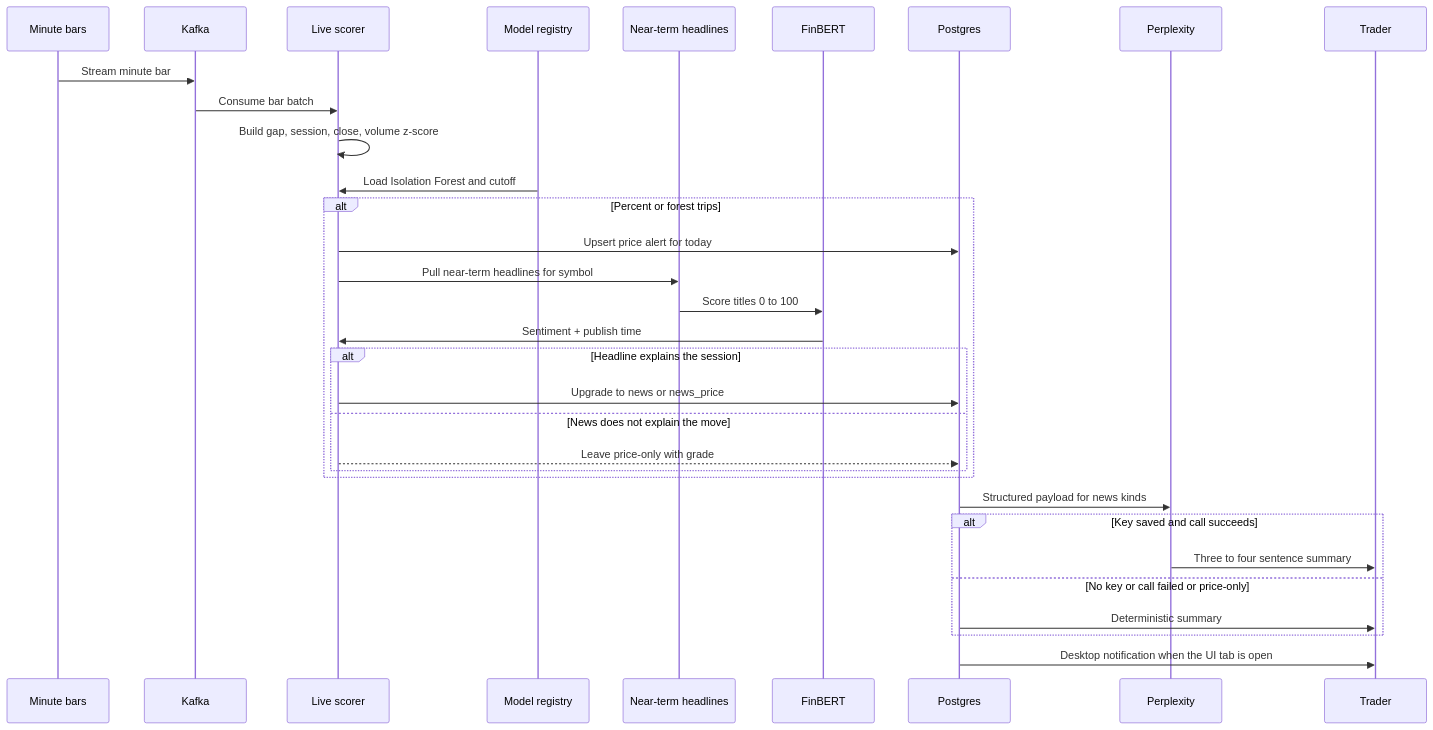
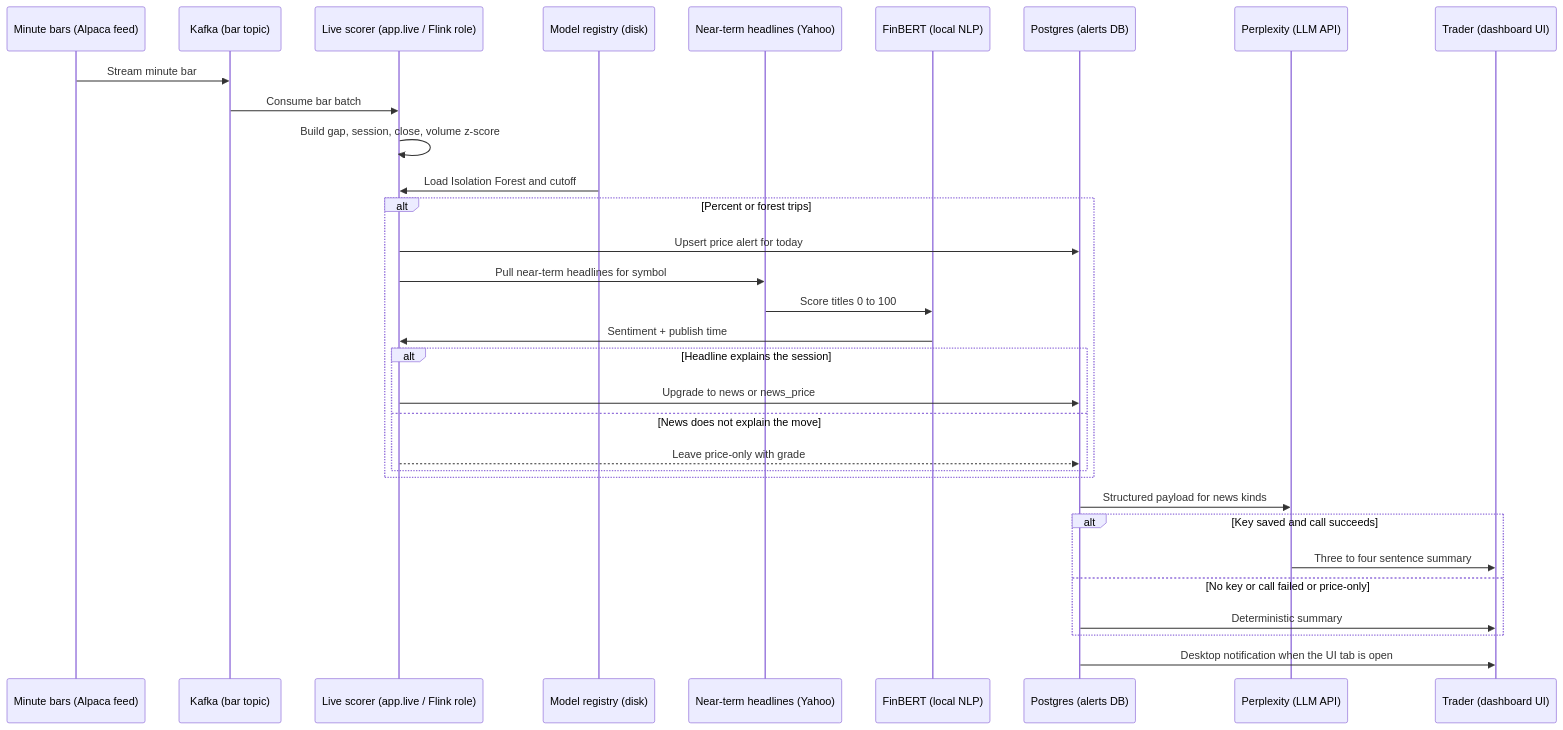
Before and after one commit to sameerde4/ticker-alert-system: the tenth of 10 diagrams in docs/architecture.md, drawn with Mermaid. The commit also changed other lines of this file and 1 other file, not shown here.

First line of the commit message:
Clarify architecture diagram boxes with job plus technical role.

````diff
--- a/docs/architecture.md
+++ b/docs/architecture.md
@@ -471,35 +471,35 @@
 ```mermaid
 sequenceDiagram
-    participant Market as Minute bars
-    participant Kafka
-    participant Scorer as Live scorer
-    participant Registry as Model registry
-    participant News as Near-term headlines
-    participant FinBERT
-    participant PG as Postgres
-    participant Pplx as Perplexity
-    participant Trader
+    participant Market as Minute bars (Alpaca feed)
+    participant Kafka as Kafka (bar topic)
+    participant Scorer as Live scorer (app.live / Flink role)
+    participant Registry as Model registry (disk)
+    participant News as Near-term headlines (Yahoo)
+    participant FinBERT as FinBERT (local NLP)
+    participant PG as Postgres (alerts DB)
+    participant Pplx as Perplexity (LLM API)
+    participant Trader as Trader (dashboard UI)
 
     Market->>Kafka: Stream minute bar
     Kafka->>Scorer: Consume bar batch
     Scorer->>Scorer: Build gap, session, close, volume z-score
     Registry->>Scorer: Load Isolation Forest and cutoff
     alt Percent or forest trips
         Scorer->>PG: Upsert price alert for today
         Scorer->>News: Pull near-term headlines for symbol
         News->>FinBERT: Score titles 0 to 100
         FinBERT->>Scorer: Sentiment + publish time
         alt Headline explains the session
             Scorer->>PG: Upgrade to news or news_price
         else News does not explain the move
             Scorer-->>PG: Leave price-only with grade
         end
     end
     PG->>Pplx: Structured payload for news kinds
     alt Key saved and call succeeds
         Pplx->>Trader: Three to four sentence summary
     else No key or call failed or price-only
         PG->>Trader: Deterministic summary
     end
     PG->>Trader: Desktop notification when the UI tab is open
 ```
````
